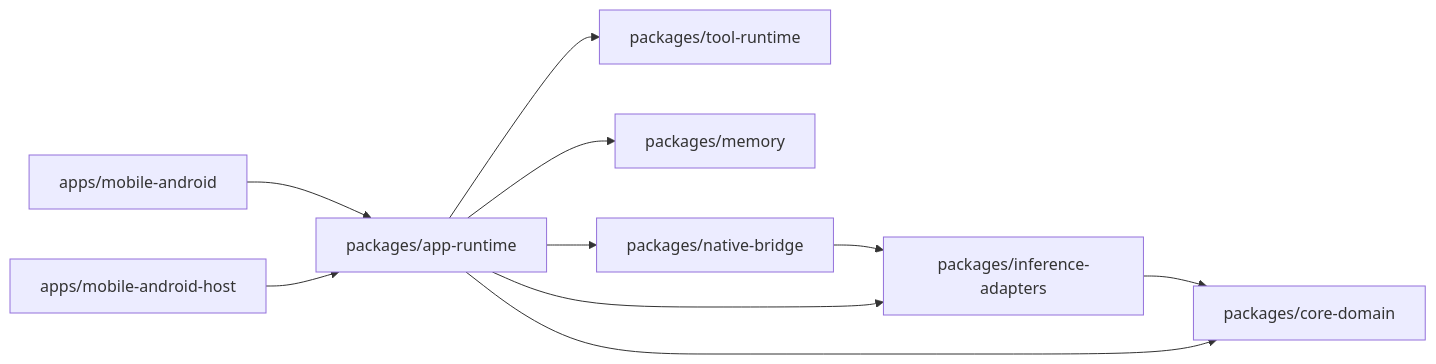
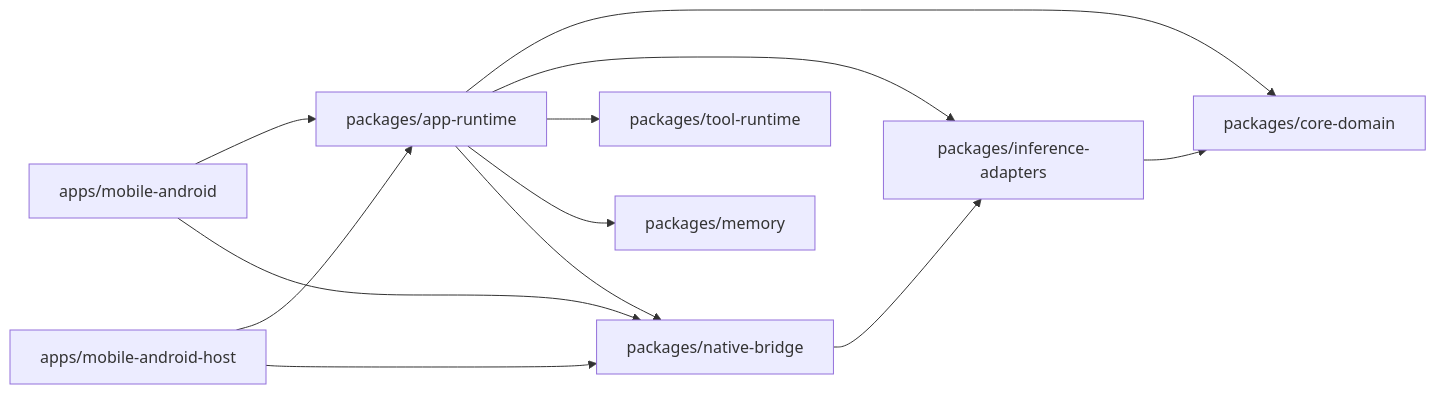
The first of 2 diagrams in README.md (katooling/pocket-gpt), drawn with Mermaid before and after one commit. The commit also changed other lines of this file, not shown here.

````diff
--- a/README.md
+++ b/README.md
@@ -34,21 +54,23 @@
 ```mermaid
 flowchart LR
   CoreDomain["packages/core-domain"]
   InferenceAdapters["packages/inference-adapters"]
   ToolRuntime["packages/tool-runtime"]
   MemoryPkg["packages/memory"]
   NativeBridge["packages/native-bridge"]
   AppRuntime["packages/app-runtime"]
   MobileAndroid["apps/mobile-android"]
   MobileHost["apps/mobile-android-host"]
 
   InferenceAdapters --> CoreDomain
   NativeBridge --> InferenceAdapters
   AppRuntime --> CoreDomain
   AppRuntime --> InferenceAdapters
   AppRuntime --> ToolRuntime
   AppRuntime --> MemoryPkg
   AppRuntime --> NativeBridge
   MobileAndroid --> AppRuntime
+  MobileAndroid --> NativeBridge
   MobileHost --> AppRuntime
+  MobileHost --> NativeBridge
 ```
````
